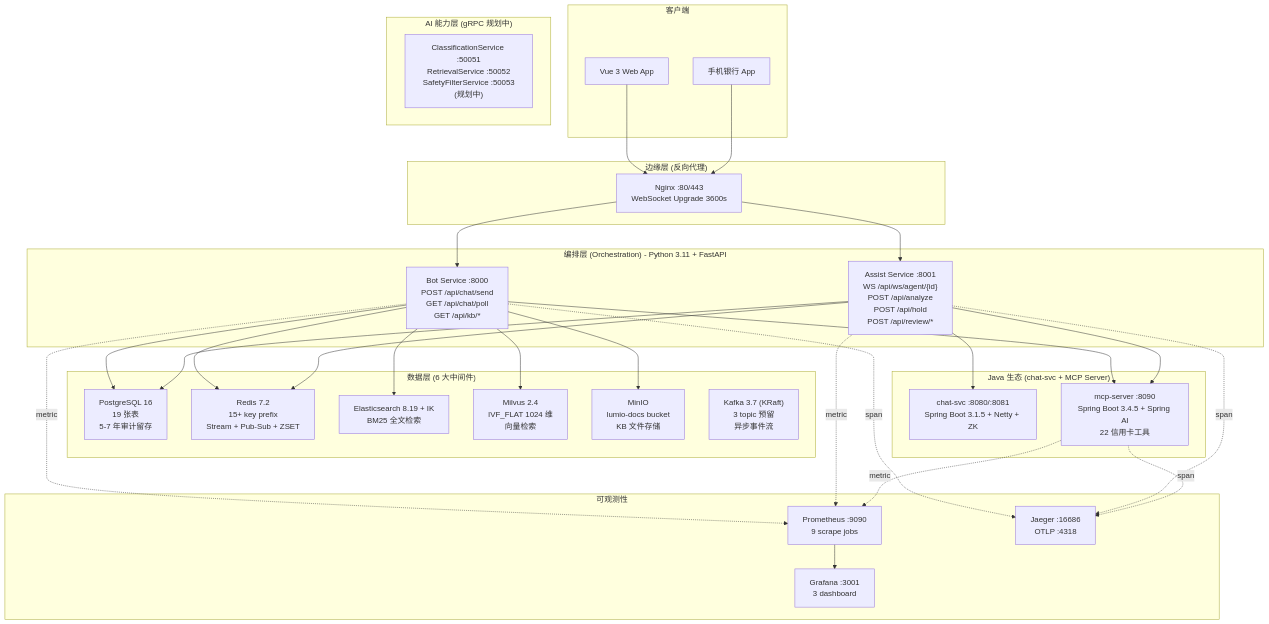
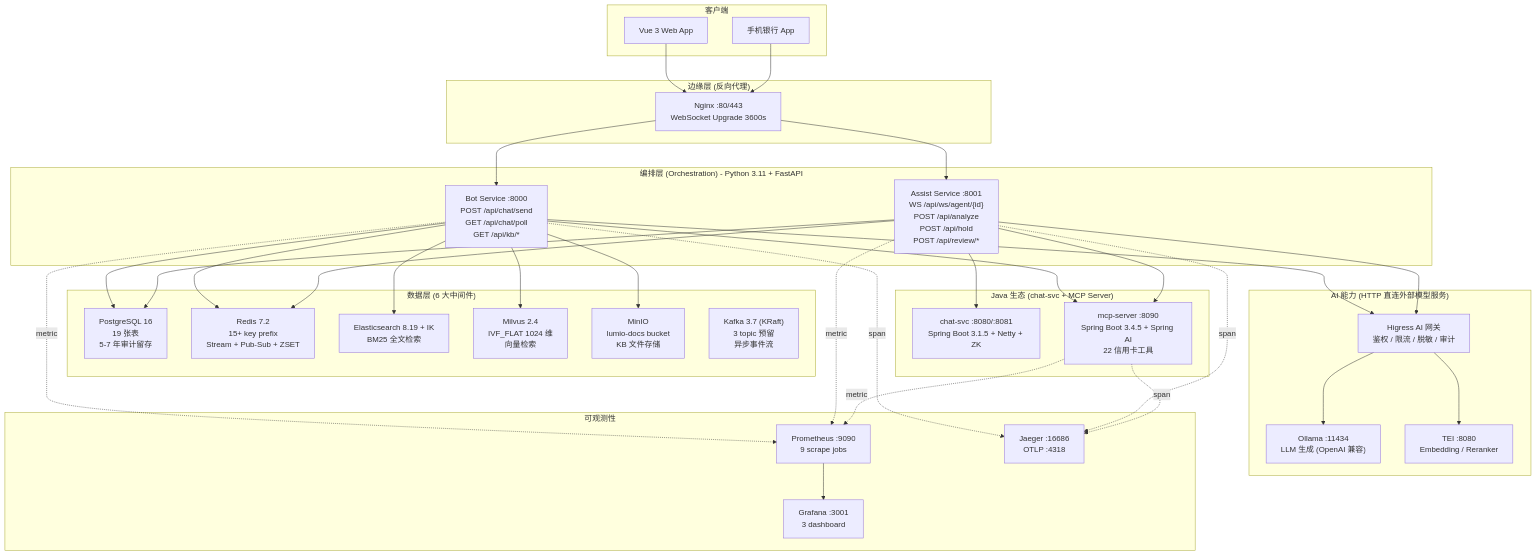
Before and after one commit to slowleelab/QingQue: the first of 2 diagrams in docs/book/01-architecture-overview.md, drawn with Mermaid. The commit also changed other lines of this file and 17 other files, not shown here.

First line of the commit message:
refactor: 移除 AI 能力层 gRPC 规划 — 删除 proto/死配置, 文档统一为 HTTP 直连模型服务

````diff
--- a/docs/book/01-architecture-overview.md
+++ b/docs/book/01-architecture-overview.md
@@ -25,62 +25,68 @@
 ```mermaid
 graph TB
     subgraph Client["客户端"]
         Web["Vue 3 Web App"]
         Customer["手机银行 App"]
     end
 
     subgraph Edge["边缘层 (反向代理)"]
         Nginx["Nginx :80/443<br/>WebSocket Upgrade 3600s"]
     end
 
     subgraph Orch["编排层 (Orchestration) - Python 3.11 + FastAPI"]
         Bot["Bot Service :8000<br/>POST /api/chat/send<br/>GET /api/chat/poll<br/>GET /api/kb/*"]
         Assist["Assist Service :8001<br/>WS /api/ws/agent/{id}<br/>POST /api/analyze<br/>POST /api/hold<br/>POST /api/review/*"]
     end
 
-    subgraph Capability["AI 能力层 (gRPC 规划中)"]
-        Note1["ClassificationService :50051<br/>RetrievalService :50052<br/>SafetyFilterService :50053<br/>(规划中)"]
+    subgraph Capability["AI 能力 (HTTP 直连外部模型服务)"]
+        Ollama["Ollama :11434<br/>LLM 生成 (OpenAI 兼容)"]
+        TEI["TEI :8080<br/>Embedding / Reranker"]
+        Gateway["Higress AI 网关<br/>鉴权 / 限流 / 脱敏 / 审计"]
     end
 
     subgraph Data["数据层 (6 大中间件)"]
         PG["PostgreSQL 16<br/>19 张表<br/>5-7 年审计留存"]
         Redis["Redis 7.2<br/>15+ key prefix<br/>Stream + Pub-Sub + ZSET"]
         ES["Elasticsearch 8.19 + IK<br/>BM25 全文检索"]
         Milvus["Milvus 2.4<br/>IVF_FLAT 1024 维<br/>向量检索"]
         MinIO["MinIO<br/>lumio-docs bucket<br/>KB 文件存储"]
         Kafka["Kafka 3.7 (KRaft)<br/>3 topic 预留<br/>异步事件流"]
     end
 
     subgraph Observability["可观测性"]
         Prom["Prometheus :9090<br/>9 scrape jobs"]
         Grafana["Grafana :3001<br/>3 dashboard"]
         Jaeger["Jaeger :16686<br/>OTLP :4318"]
     end
 
     subgraph Java["Java 生态 (chat-svc + MCP Server)"]
         ChatSvc["chat-svc :8080/:8081<br/>Spring Boot 3.1.5 + Netty + ZK"]
         MCPServer["mcp-server :8090<br/>Spring Boot 3.4.5 + Spring AI<br/>22 信用卡工具"]
     end
 
     Web --> Nginx
     Customer --> Nginx
     Nginx --> Bot
     Nginx --> Assist
     Bot --> PG
     Bot --> Redis
     Bot --> ES
     Bot --> Milvus
     Bot --> MinIO
     Bot --> MCPServer
     Assist --> PG
     Assist --> Redis
     Assist --> MCPServer
     Assist --> ChatSvc
+    Bot --> Gateway
+    Assist --> Gateway
+    Gateway --> Ollama
+    Gateway --> TEI
     Bot -.span.-> Jaeger
     Assist -.span.-> Jaeger
     MCPServer -.span.-> Jaeger
     Bot -.metric.-> Prom
     Assist -.metric.-> Prom
     MCPServer -.metric.-> Prom
     Prom --> Grafana
 ```
````
